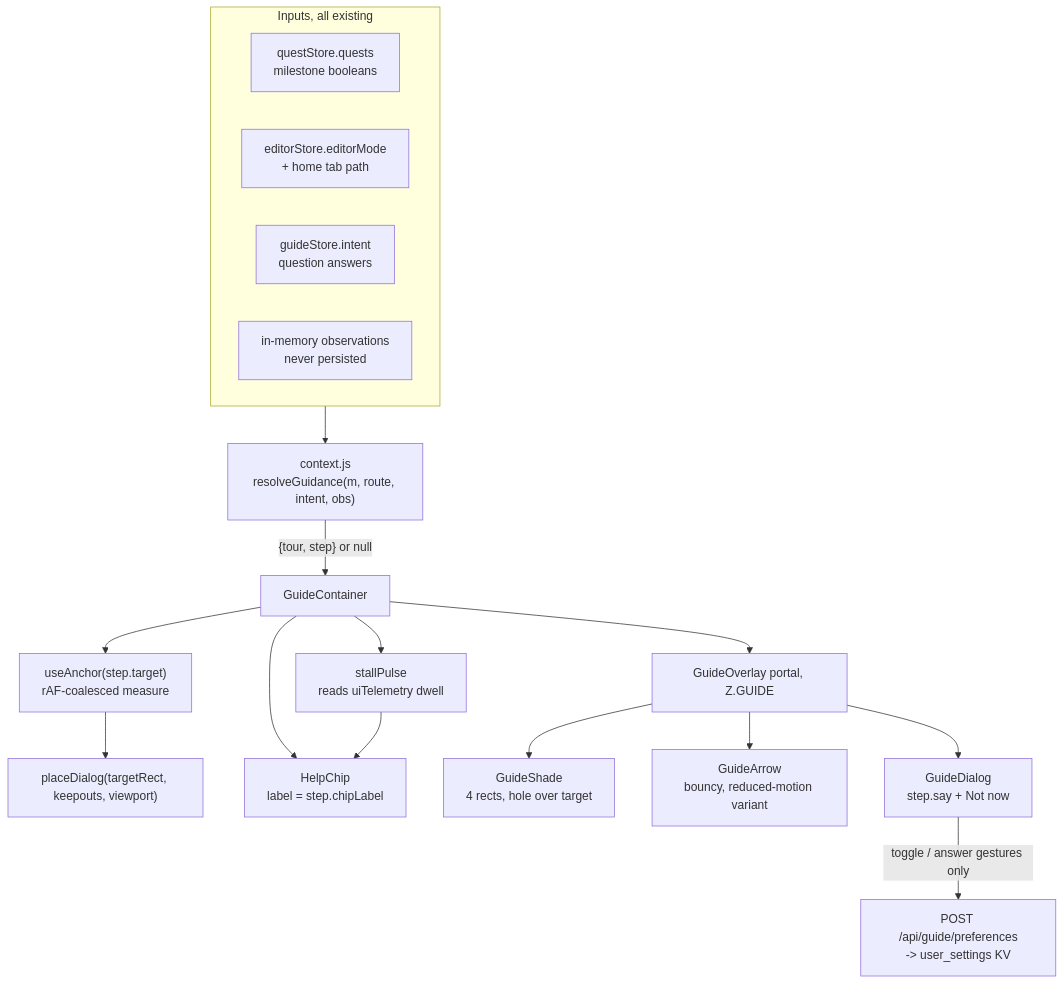
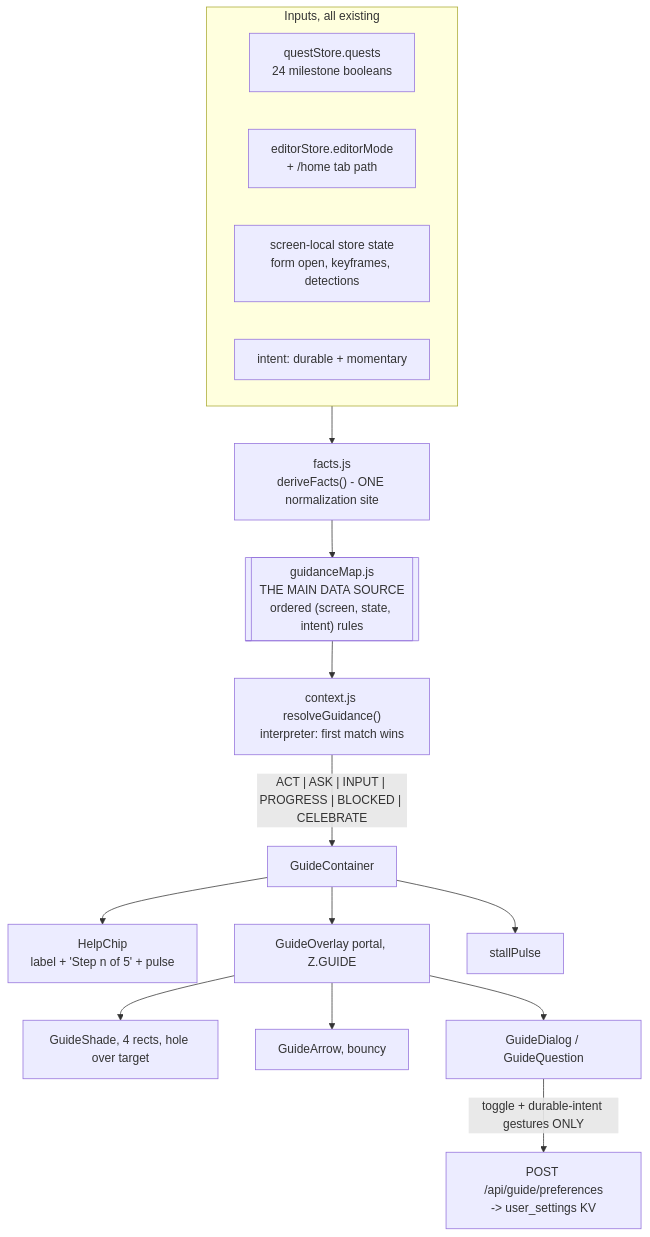
The third of 5 diagrams in docs/plans/tasks/T7620-design.md (imankha/video-editor), drawn with Mermaid before and after one commit. The commit also changed other lines of this file and 2 other files, not shown here.

Commit message:
T7620: revised design (GUIDANCE_MAP spine, per-screen intent, push posture); WAITING ON USER round 2

````diff
--- a/docs/plans/tasks/T7620-design.md
+++ b/docs/plans/tasks/T7620-design.md
@@ -108,22 +126,20 @@
 ```mermaid
 flowchart TB
-    subgraph inputs[Inputs, all existing]
-        M[questStore.quests<br/>milestone booleans]
-        R[editorStore.editorMode<br/>+ home tab path]
-        I[guideStore.intent<br/>question answers]
-        OBS[in-memory observations<br/>never persisted]
+    subgraph src[Inputs, all existing]
+        M[questStore.quests<br/>24 milestone booleans]
+        R[editorStore.editorMode<br/>+ /home tab path]
+        L[screen-local store state<br/>form open, keyframes, detections]
+        I[intent: durable + momentary]
     end
-    CE["context.js<br/>resolveGuidance(m, route, intent, obs)"]
-    inputs --> CE
-    CE -->|"{tour, step} or null"| GC[GuideContainer]
-    GC --> AN["useAnchor(step.target)<br/>rAF-coalesced measure"]
-    AN --> PL["placeDialog(targetRect, keepouts, viewport)"]
-    GC --> HC[HelpChip<br/>label = step.chipLabel]
+    src --> FA["facts.js<br/>deriveFacts() - ONE normalization site"]
+    FA --> GM[["guidanceMap.js<br/>THE MAIN DATA SOURCE<br/>ordered (screen, state, intent) rules"]]
+    GM --> RG["context.js resolveGuidance()<br/>interpreter: first match wins"]
+    RG -->|"ACT | ASK | INPUT | PROGRESS | BLOCKED | CELEBRATE"| GC[GuideContainer]
+    GC --> HC[HelpChip<br/>label + 'Step n of 5' + pulse]
     GC --> OV[GuideOverlay portal, Z.GUIDE]
-    OV --> SH[GuideShade<br/>4 rects, hole over target]
-    OV --> AR[GuideArrow<br/>bouncy, reduced-motion variant]
-    OV --> DG[GuideDialog<br/>step.say + Not now]
-    GC --> ST[stallPulse<br/>reads uiTelemetry dwell]
-    ST --> HC
-    DG -->|"toggle / answer gestures only"| PREF["POST /api/guide/preferences<br/>-> user_settings KV"]
+    OV --> SH[GuideShade, 4 rects, hole over target]
+    OV --> AR[GuideArrow, bouncy]
+    OV --> DG[GuideDialog / GuideQuestion]
+    GC --> SP[stallPulse]
+    DG -->|toggle + durable-intent gestures ONLY| PR["POST /api/guide/preferences<br/>-> user_settings KV"]
 ```
````
